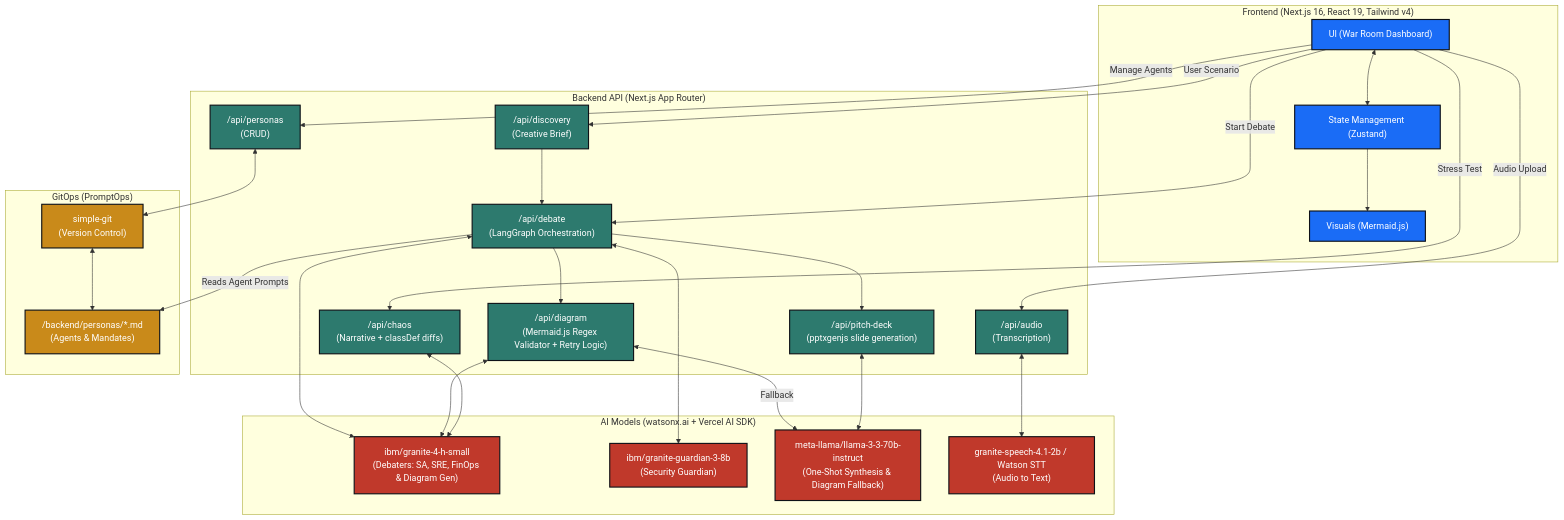
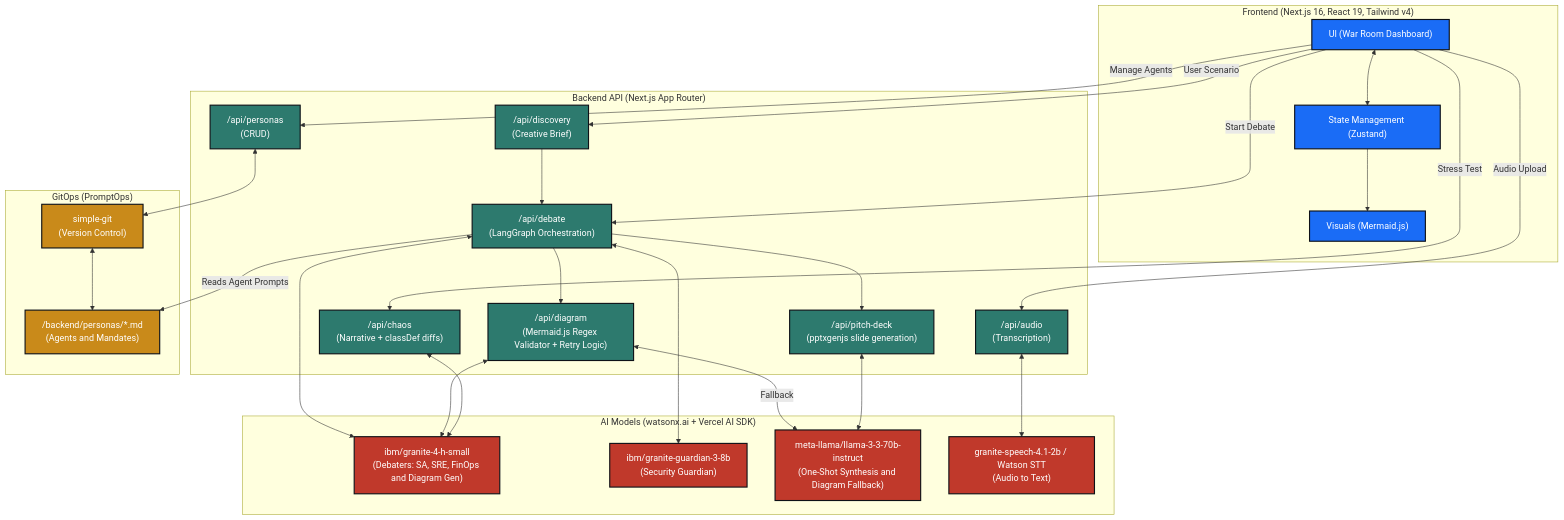
One commit to MadushanR/ai-enterprise-architect changed the diagram in README.md. Above: the diagram before and after it, drawn with Mermaid. The commit also changed other lines of this file, not shown here.

````diff
--- a/README.md
+++ b/README.md
@@ -35,63 +35,63 @@
 ```mermaid
 graph TD
     %% Styling
     classDef default fill:#161b27,stroke:#1f2b3e,stroke-width:2px,color:#c9d1e0
     classDef frontend fill:#1a6cf6,stroke:#0e1117,stroke-width:2px,color:#ffffff
     classDef backend fill:#2d7a6e,stroke:#0e1117,stroke-width:2px,color:#ffffff
     classDef ai fill:#c0392b,stroke:#0e1117,stroke-width:2px,color:#ffffff
     classDef gitops fill:#c98a1a,stroke:#0e1117,stroke-width:2px,color:#ffffff
     
     subgraph Client ["Frontend (Next.js 16, React 19, Tailwind v4)"]
         UI["UI (War Room Dashboard)"]:::frontend
         State["State Management (Zustand)"]:::frontend
         DiagramRender["Visuals (Mermaid.js)"]:::frontend
         
         UI <--> State
         State --> DiagramRender
     end
 
     subgraph API ["Backend API (Next.js App Router)"]
         Discovery["/api/discovery<br/>(Creative Brief)"]:::backend
         Debate["/api/debate<br/>(LangGraph Orchestration)"]:::backend
         DiagramGen["/api/diagram<br/>(Mermaid.js Regex Validator + Retry Logic)"]:::backend
         PitchDeck["/api/pitch-deck<br/>(pptxgenjs slide generation)"]:::backend
         Chaos["/api/chaos<br/>(Narrative + classDef diffs)"]:::backend
         Audio["/api/audio<br/>(Transcription)"]:::backend
         PersonaCRUD["/api/personas<br/>(CRUD)"]:::backend
     end
 
     subgraph AI_Engine ["AI Models (watsonx.ai + Vercel AI SDK)"]
-        Granite4["ibm/granite-4-h-small<br/>(Debaters: SA, SRE, FinOps & Diagram Gen)"]:::ai
+        Granite4["ibm/granite-4-h-small<br/>(Debaters: SA, SRE, FinOps and Diagram Gen)"]:::ai
         Guardian["ibm/granite-guardian-3-8b<br/>(Security Guardian)"]:::ai
-        Llama3["meta-llama/llama-3-3-70b-instruct<br/>(One-Shot Synthesis & Diagram Fallback)"]:::ai
+        Llama3["meta-llama/llama-3-3-70b-instruct<br/>(One-Shot Synthesis and Diagram Fallback)"]:::ai
         Speech["granite-speech-4.1-2b / Watson STT<br/>(Audio to Text)"]:::ai
     end
 
     subgraph GitOps ["GitOps (PromptOps)"]
         SimpleGit["simple-git<br/>(Version Control)"]:::gitops
-        Personas["/backend/personas/*.md<br/>(Agents & Mandates)"]:::gitops
+        Personas["/backend/personas/*.md<br/>(Agents and Mandates)"]:::gitops
     end
 
     %% Connections
     UI -->|User Scenario| Discovery
     UI -->|Start Debate| Debate
     UI -->|Audio Upload| Audio
     UI -->|Stress Test| Chaos
     UI -->|Manage Agents| PersonaCRUD
     
     Discovery --> Debate
     Debate --> DiagramGen
     Debate --> PitchDeck
     
     Debate <--> Granite4
     Debate <--> Guardian
     DiagramGen <--> Granite4
     DiagramGen <-->|Fallback| Llama3
     PitchDeck <--> Llama3
     Chaos <--> Granite4
     Audio <--> Speech
     
     PersonaCRUD <--> SimpleGit
     SimpleGit <--> Personas
     Debate -->|Reads Agent Prompts| Personas
 ```
````
